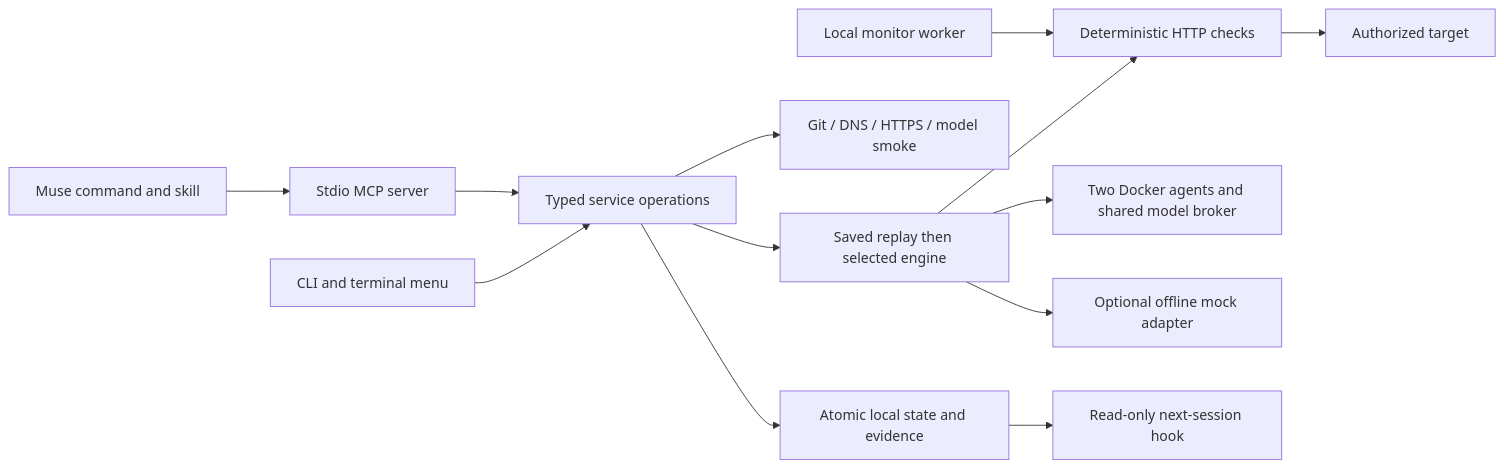
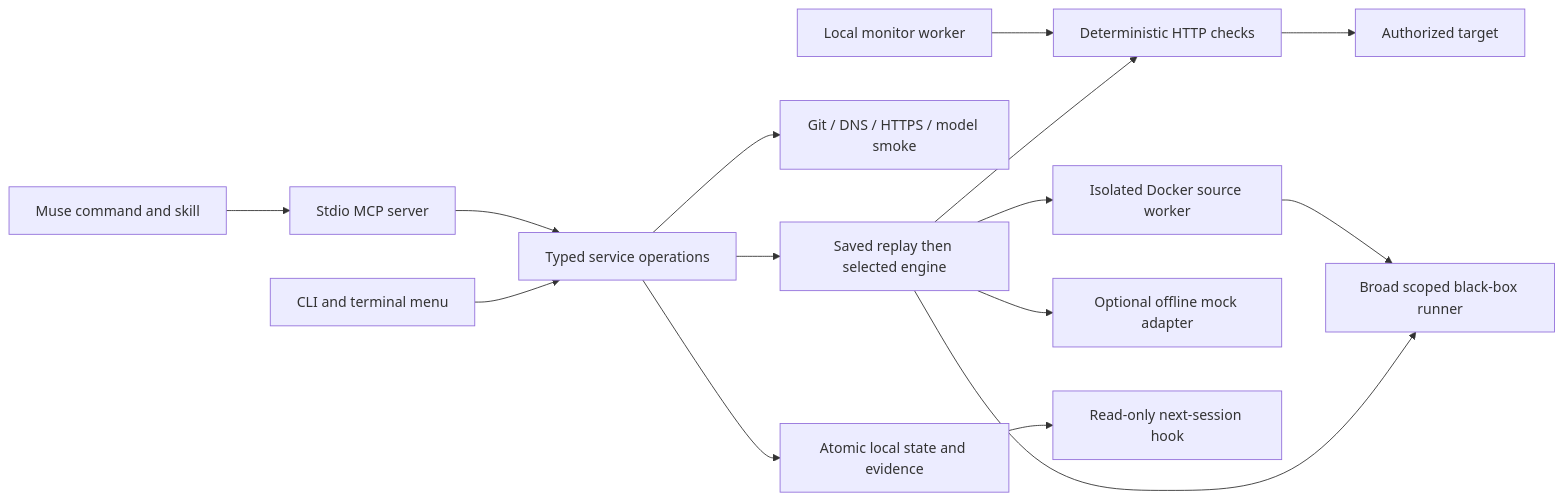
Before and after one commit to Bypass-Labs/bypass: the diagram in docs/ARCHITECTURE.md, drawn with Mermaid. The commit also changed other lines of this file and 54 other files, not shown here.

Commit message:
feat: unify standalone security audit flow

````diff
--- a/docs/ARCHITECTURE.md
+++ b/docs/ARCHITECTURE.md
@@ -35,15 +35,17 @@
 ```mermaid
 flowchart LR
   CLI[CLI and terminal menu] --> Service[Typed service operations]
   Muse[Muse command and skill] --> MCP[Stdio MCP server]
   MCP --> Service
   Service --> Store[Atomic local state and evidence]
   Service --> Setup[Git / DNS / HTTPS / model smoke]
   Service --> Pipeline[Saved replay then selected engine]
   Pipeline --> Runner[Deterministic HTTP checks]
   Runner --> Target[Authorized target]
-  Pipeline --> Agents[Two Docker agents and shared model broker]
+  Pipeline --> Source[Isolated Docker source worker]
+  Pipeline --> Blackbox[Broad scoped black-box runner]
+  Source --> Blackbox
   Pipeline --> Mock[Optional offline mock adapter]
   Worker[Local monitor worker] --> Runner
   Store --> Hook[Read-only next-session hook]
 ```
````
